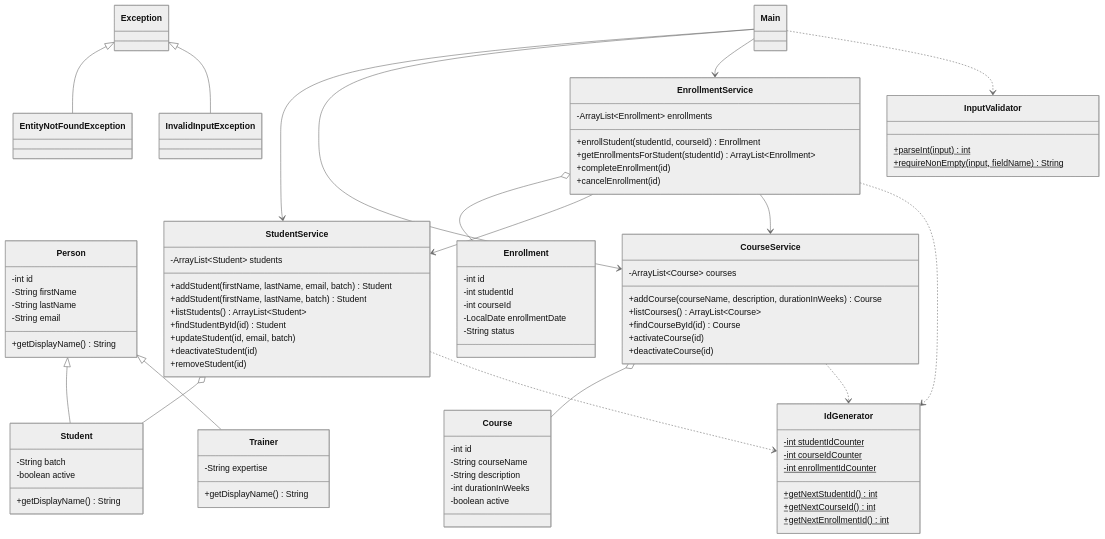
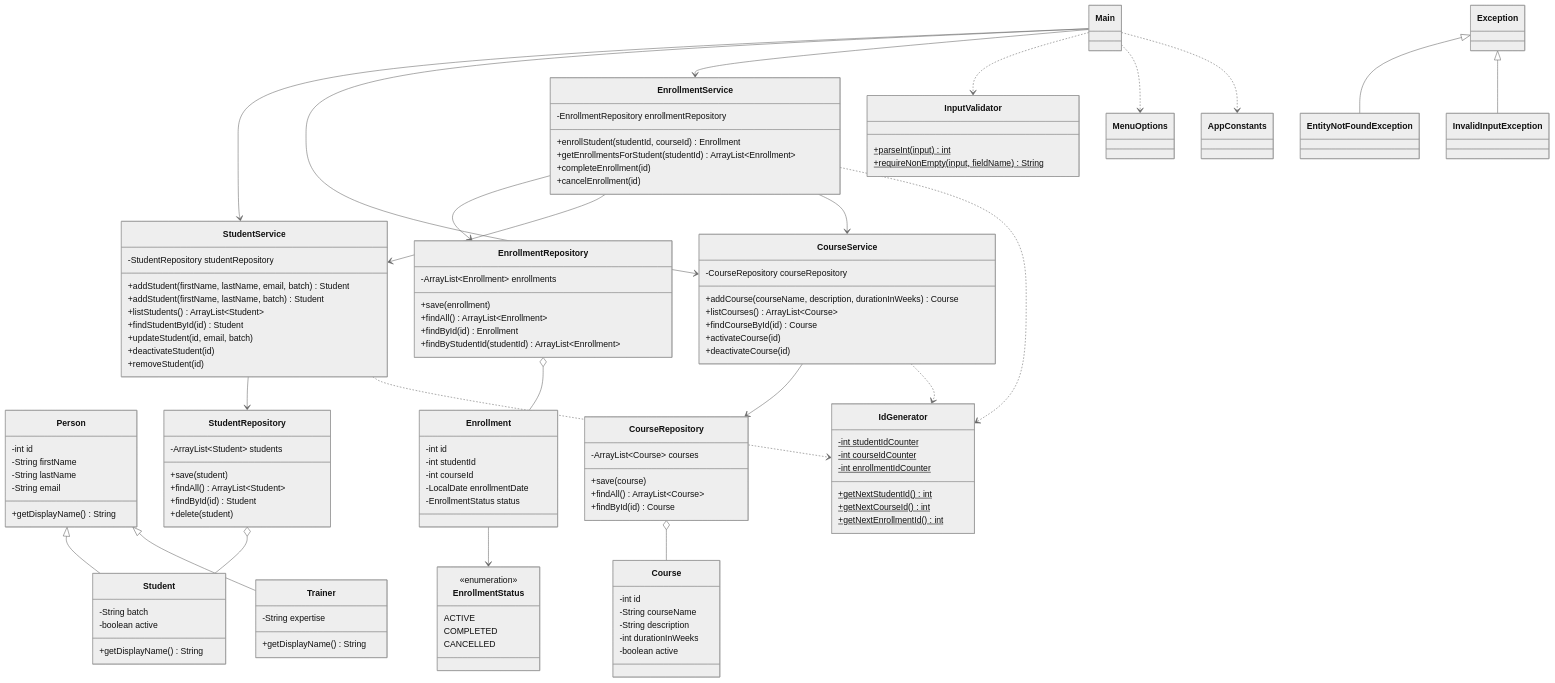
One commit to Mahamutha/learntrack-student-course-management changed the diagram in README.md. Above: the diagram before and after it, drawn with Mermaid (neutral theme). The commit also changed other lines of this file and 12 other files, not shown here.

Commit message:
Add repository layer, enums and constants to match the suggested structure

````diff
--- a/README.md
+++ b/README.md
@@ -76,10 +79,36 @@
         -int studentId
         -int courseId
         -LocalDate enrollmentDate
-        -String status
+        -EnrollmentStatus status
+    }
+    class EnrollmentStatus {
+        <<enumeration>>
+        ACTIVE
+        COMPLETED
+        CANCELLED
+    }
+    class StudentRepository {
+        -ArrayList~Student~ students
+        +save(student)
+        +findAll() ArrayList~Student~
+        +findById(id) Student
+        +delete(student)
+    }
+    class CourseRepository {
+        -ArrayList~Course~ courses
+        +save(course)
+        +findAll() ArrayList~Course~
+        +findById(id) Course
+    }
+    class EnrollmentRepository {
+        -ArrayList~Enrollment~ enrollments
+        +save(enrollment)
+        +findAll() ArrayList~Enrollment~
+        +findById(id) Enrollment
+        +findByStudentId(studentId) ArrayList~Enrollment~
     }
     class StudentService {
-        -ArrayList~Student~ students
+        -StudentRepository studentRepository
         +addStudent(firstName, lastName, email, batch) Student
         +addStudent(firstName, lastName, batch) Student
         +listStudents() ArrayList~Student~
@@ -89,7 +118,7 @@
         +removeStudent(id)
     }
     class CourseService {
-        -ArrayList~Course~ courses
+        -CourseRepository courseRepository
         +addCourse(courseName, description, durationInWeeks) Course
         +listCourses() ArrayList~Course~
         +findCourseById(id) Course
@@ -97,7 +126,7 @@
         +deactivateCourse(id)
     }
     class EnrollmentService {
-        -ArrayList~Enrollment~ enrollments
+        -EnrollmentRepository enrollmentRepository
         +enrollStudent(studentId, courseId) Enrollment
         +getEnrollmentsForStudent(studentId) ArrayList~Enrollment~
         +completeEnrollment(id)
@@ -115,6 +144,8 @@
         +parseInt(input)$ int
         +requireNonEmpty(input, fieldName)$ String
     }
+    class MenuOptions
+    class AppConstants
     class Exception
     class EntityNotFoundException
     class InvalidInputException
@@ -124,9 +155,13 @@
     Person <|-- Trainer
     Exception <|-- EntityNotFoundException
     Exception <|-- InvalidInputException
-    StudentService o-- Student
-    CourseService o-- Course
-    EnrollmentService o-- Enrollment
+    Enrollment --> EnrollmentStatus
+    StudentRepository o-- Student
+    CourseRepository o-- Course
+    EnrollmentRepository o-- Enrollment
+    StudentService --> StudentRepository
+    CourseService --> CourseRepository
+    EnrollmentService --> EnrollmentRepository
     EnrollmentService --> StudentService
     EnrollmentService --> CourseService
     StudentService ..> IdGenerator
@@ -136,4 +171,6 @@
     Main --> CourseService
     Main --> EnrollmentService
     Main ..> InputValidator
+    Main ..> MenuOptions
+    Main ..> AppConstants
 ```
````
